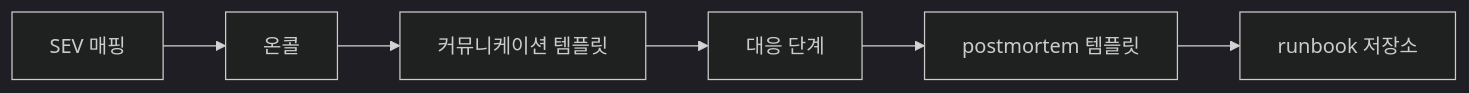
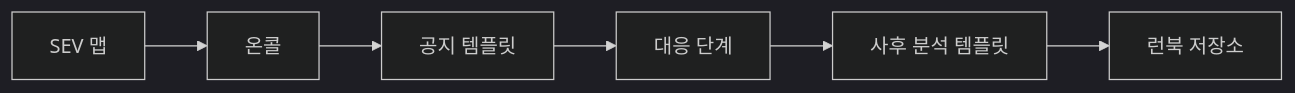
The diagram in content/incident-response-101/ko/10-incident-runbook.md (yeongseon-books/book-content), drawn with Mermaid (dark theme) before and after one commit. The commit also changed other lines of this file and 9 other files, not shown here.

````diff
--- a/content/incident-response-101/ko/10-incident-runbook.md
+++ b/content/incident-response-101/ko/10-incident-runbook.md
@@ -57,8 +49,8 @@
 ```mermaid
 flowchart LR
-    Sev["SEV 매핑"] --> OnCall["온콜"]
-    OnCall --> Comms["커뮤니케이션 템플릿"]
+    Sev["SEV 맵"] --> OnCall["온콜"]
+    OnCall --> Comms["공지 템플릿"]
     Comms --> Steps["대응 단계"]
-    Steps --> PM["postmortem 템플릿"]
-    PM --> Repo["runbook 저장소"]
+    Steps --> PM["사후 분석 템플릿"]
+    PM --> Repo["런북 저장소"]
 ```
````
